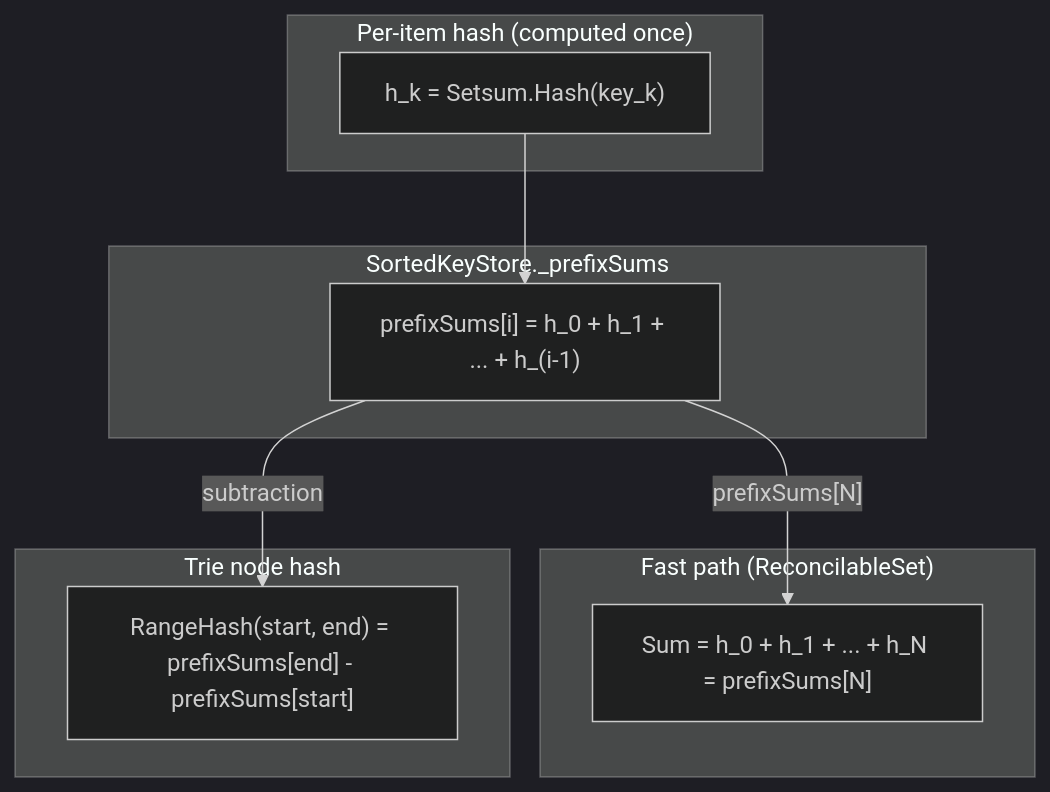
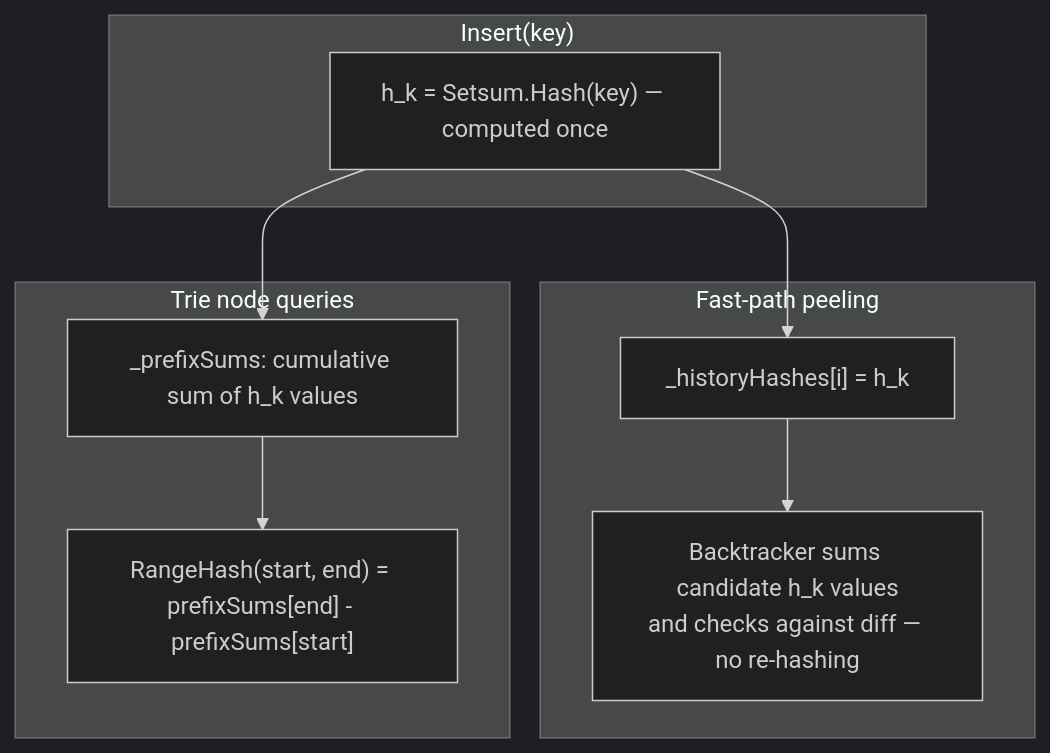
One commit to arj03/setsum-cs changed the sixth of 7 diagrams in SetSum/Sync/README.md. Above: the diagram before and after it, drawn with Mermaid (dark theme). The commit also changed other lines of this file, not shown here.

Commit message:
Improve docs

````diff
--- a/SetSum/Sync/README.md
+++ b/SetSum/Sync/README.md
@@ -172,22 +172,21 @@
 ```mermaid
 graph TD
-    subgraph "Per-item hash (computed once)"
-        HK["h_k = Setsum.Hash(key_k)"]
+    subgraph "Insert(key)"
+        HK["h_k = Setsum.Hash(key) — computed once"]
     end
 
-    subgraph "SortedKeyStore._prefixSums"
-        PS["prefixSums[i] = h_0 + h_1 + ... + h_(i-1)"]
+    subgraph "Fast-path peeling"
+        HH["_historyHashes[i] = h_k"]
+        PE["Backtracker sums candidate h_k values<br/>and checks against diff — no re-hashing"]
+        HH --> PE
     end
 
-    subgraph "Fast path (ReconcilableSet)"
-        GS["Sum = h_0 + h_1 + ... + h_N = prefixSums[N]"]
+    subgraph "Trie node queries"
+        PS["_prefixSums: cumulative sum of h_k values"]
+        RH["RangeHash(start, end) = prefixSums[end] - prefixSums[start]"]
+        PS --> RH
     end
 
-    subgraph "Trie node hash"
-        MN["RangeHash(start, end) = prefixSums[end] - prefixSums[start]"]
-    end
-
+    HK --> HH
     HK --> PS
-    PS -->|"prefixSums[N]"| GS
-    PS -->|"subtraction"| MN
 ```
````
